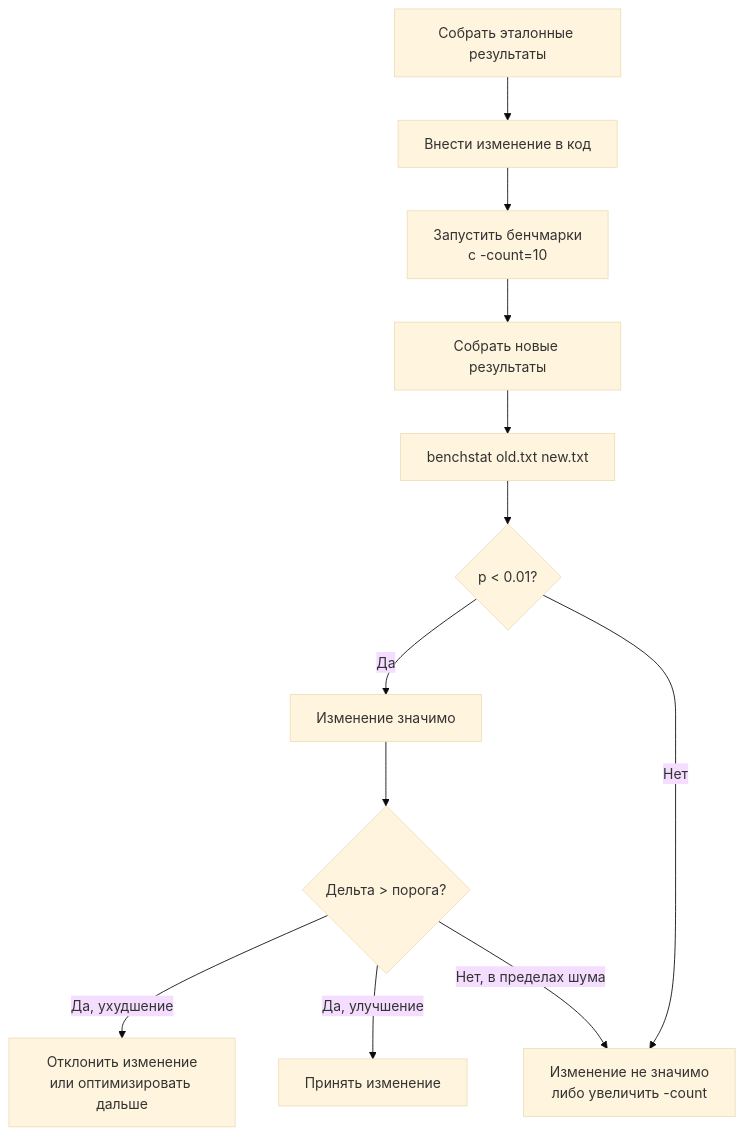
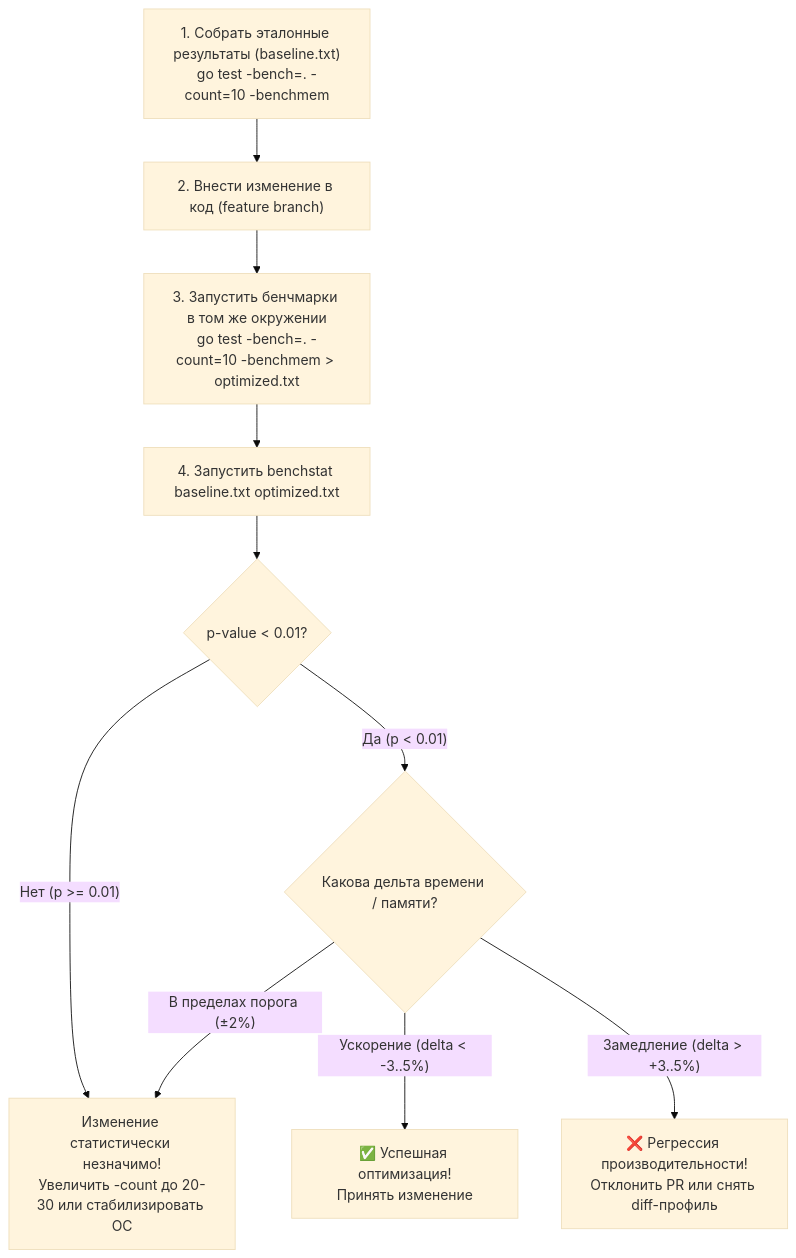
One commit to UnrealTemplier/go-textbook changed the third of 5 diagrams in sources/16. Профилирование, отладка и производительность/02. Benchmarking/8. Сравнение версий кода.md. Above: the diagram before and after it, drawn with Mermaid (base theme). The commit also changed other lines of this file, not shown here.

````diff
--- a/sources/16. Профилирование, отладка и производительность/02. Benchmarking/8. Сравнение версий кода.md
+++ b/sources/16. Профилирование, отладка и производительность/02. Benchmarking/8. Сравнение версий кода.md
@@ -60,14 +134,12 @@
 ```mermaid
 flowchart TD
-    A[Собрать эталонные результаты] --> B[Внести изменение в код]
-    B --> C[Запустить бенчмарки<br>с -count=10]
-    C --> D[Собрать новые результаты]
-    D --> E[benchstat old.txt new.txt]
-    E --> F{"p < 0.01?"}
-    F -- "Да" --> G[Изменение значимо]
-    F -- "Нет" --> H[Изменение не значимо<br>либо увеличить -count]
-    G --> I{Дельта > порога?}
-    I -- "Да, ухудшение" --> J[Отклонить изменение<br>или оптимизировать дальше]
-    I -- "Да, улучшение" --> K[Принять изменение]
-    I -- "Нет, в пределах шума" --> H
+    A["1. Собрать эталонные результаты (baseline.txt)<br>go test -bench=. -count=10 -benchmem"] --> B["2. Внести изменение в код (feature branch)"]
+    B --> C["3. Запустить бенчмарки в том же окружении<br>go test -bench=. -count=10 -benchmem > optimized.txt"]
+    C --> D["4. Запустить benchstat baseline.txt optimized.txt"]
+    D --> E{"p-value < 0.01?"}
+    E -- "Нет (p >= 0.01)" --> F["Изменение статистически незначимо!<br>Увеличить -count до 20-30 или стабилизировать ОС"]
+    E -- "Да (p < 0.01)" --> G{"Какова дельта времени / памяти?"}
+    G -- "Ускорение (delta < -3..5%)" --> H["✅ Успешная оптимизация!<br>Принять изменение"]
+    G -- "Замедление (delta > +3..5%)" --> I["❌ Регрессия производительности!<br>Отклонить PR или снять diff-профиль"]
+    G -- "В пределах порога (±2%)" --> F
 ```
````
